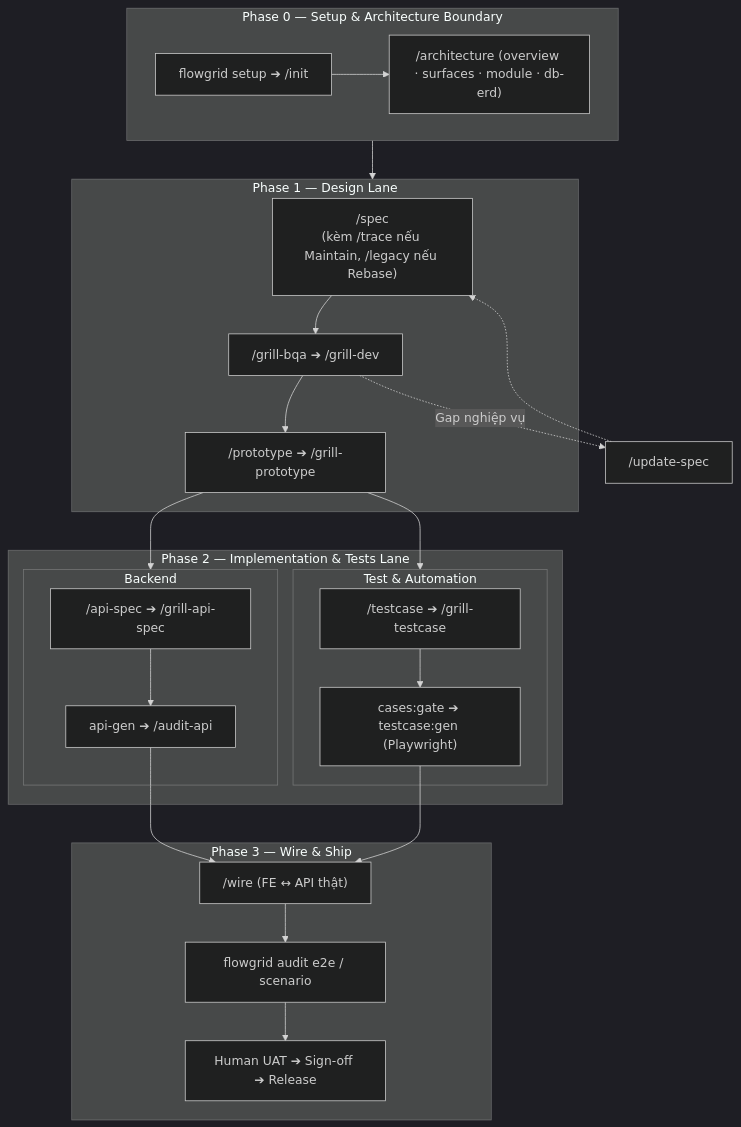
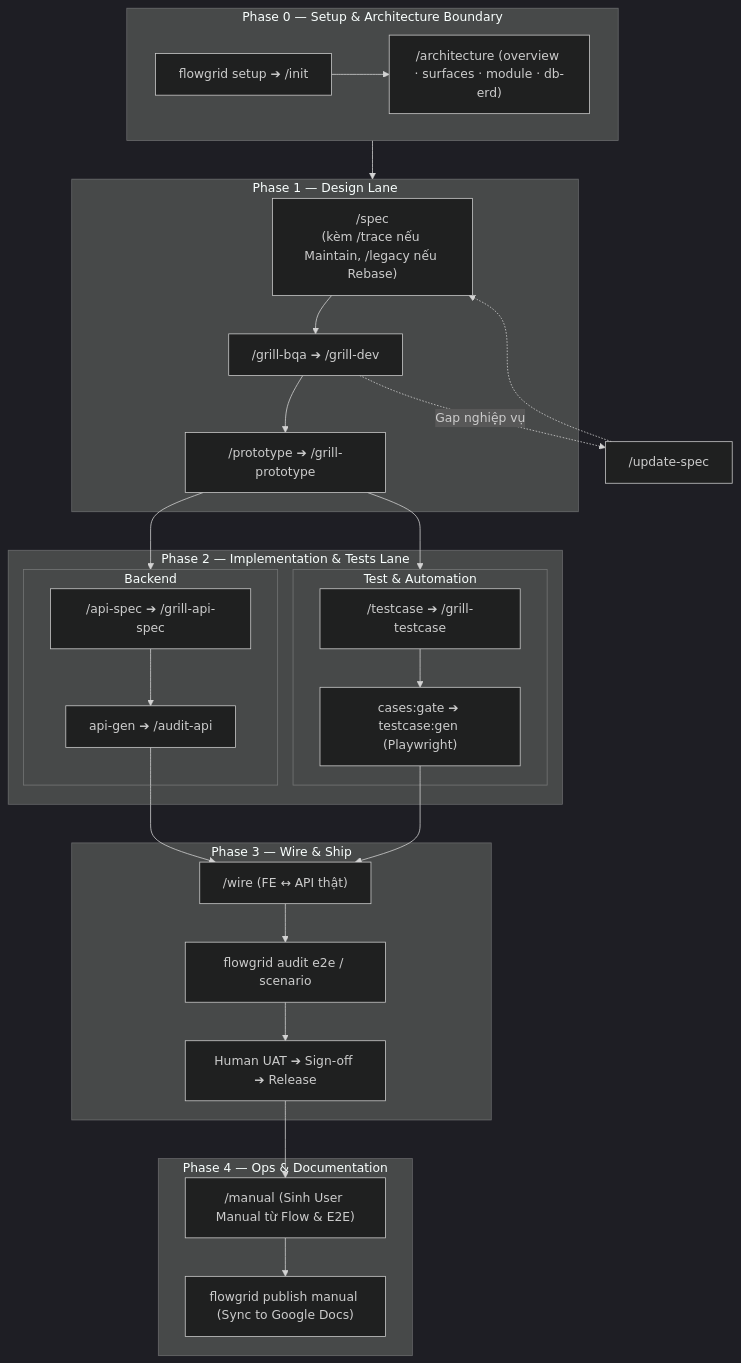
The diagram in workflows/index.md (ShanYuCoder/flowgrid-docs), drawn with Mermaid (dark theme) before and after one commit. The commit also changed other lines of this file and 12 other files, not shown here.

````diff
--- a/workflows/index.md
+++ b/workflows/index.md
@@ -23,45 +24,52 @@
 ```mermaid
 flowchart TD
   subgraph P0["Phase 0 — Setup & Architecture Boundary"]
     INIT["flowgrid setup ➔ /init"]
     ARC["/architecture (overview · surfaces · module · db-erd)"]
     INIT --> ARC
   end
 
   subgraph P1["Phase 1 — Design Lane"]
     SPEC["/spec<br/>(kèm /trace nếu Maintain, /legacy nếu Rebase)"]
     GRILL["/grill-bqa ➔ /grill-dev"]
     PROTO["/prototype ➔ /grill-prototype"]
     SPEC --> GRILL --> PROTO
   end
 
   subgraph P2["Phase 2 — Implementation & Tests Lane"]
     subgraph P2_BE["Backend"]
       API_SPEC["/api-spec ➔ /grill-api-spec"]
       API_GEN["api-gen ➔ /audit-api"]
       API_SPEC --> API_GEN
     end
     subgraph P2_TEST["Test & Automation"]
       TC["/testcase ➔ /grill-testcase"]
       E2E["cases:gate ➔ testcase:gen (Playwright)"]
       TC --> E2E
     end
   end
 
   subgraph P3["Phase 3 — Wire & Ship"]
     WIRE["/wire (FE ↔ API thật)"]
     AUDIT["flowgrid audit e2e / scenario"]
     SHIP["Human UAT ➔ Sign-off ➔ Release"]
     WIRE --> AUDIT --> SHIP
   end
 
+  subgraph P4["Phase 4 — Ops & Documentation"]
+    MANUAL["/manual (Sinh User Manual từ Flow & E2E)"]
+    PUBLISH["flowgrid publish manual (Sync to Google Docs)"]
+    MANUAL --> PUBLISH
+  end
+
   P0 --> P1
   PROTO --> P2_BE
   PROTO --> P2_TEST
   API_GEN --> WIRE
   E2E --> WIRE
+  SHIP --> MANUAL
 
   US["/update-spec"]
   GRILL -.->|Gap nghiệp vụ| US
   US -.-> SPEC
 ```
````
